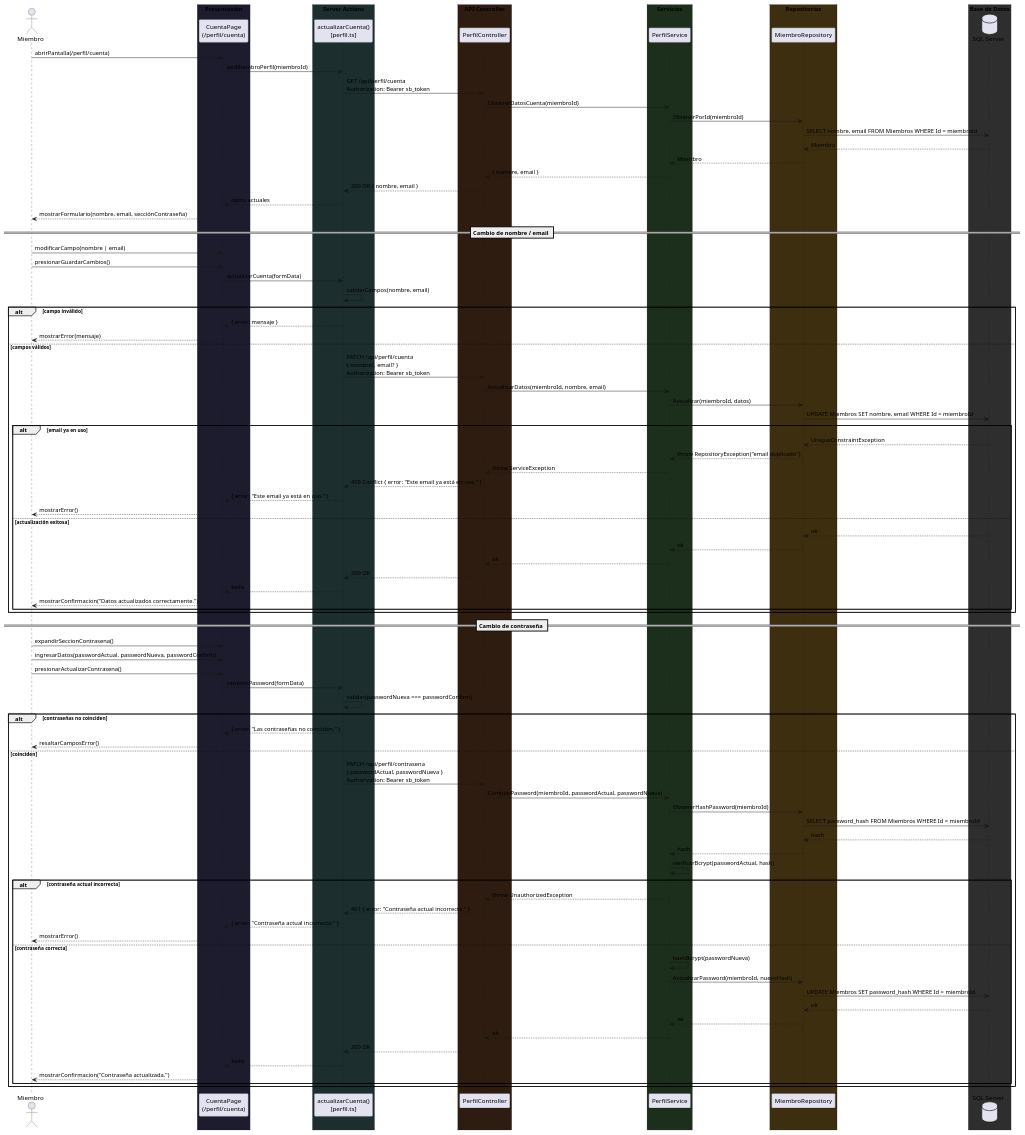
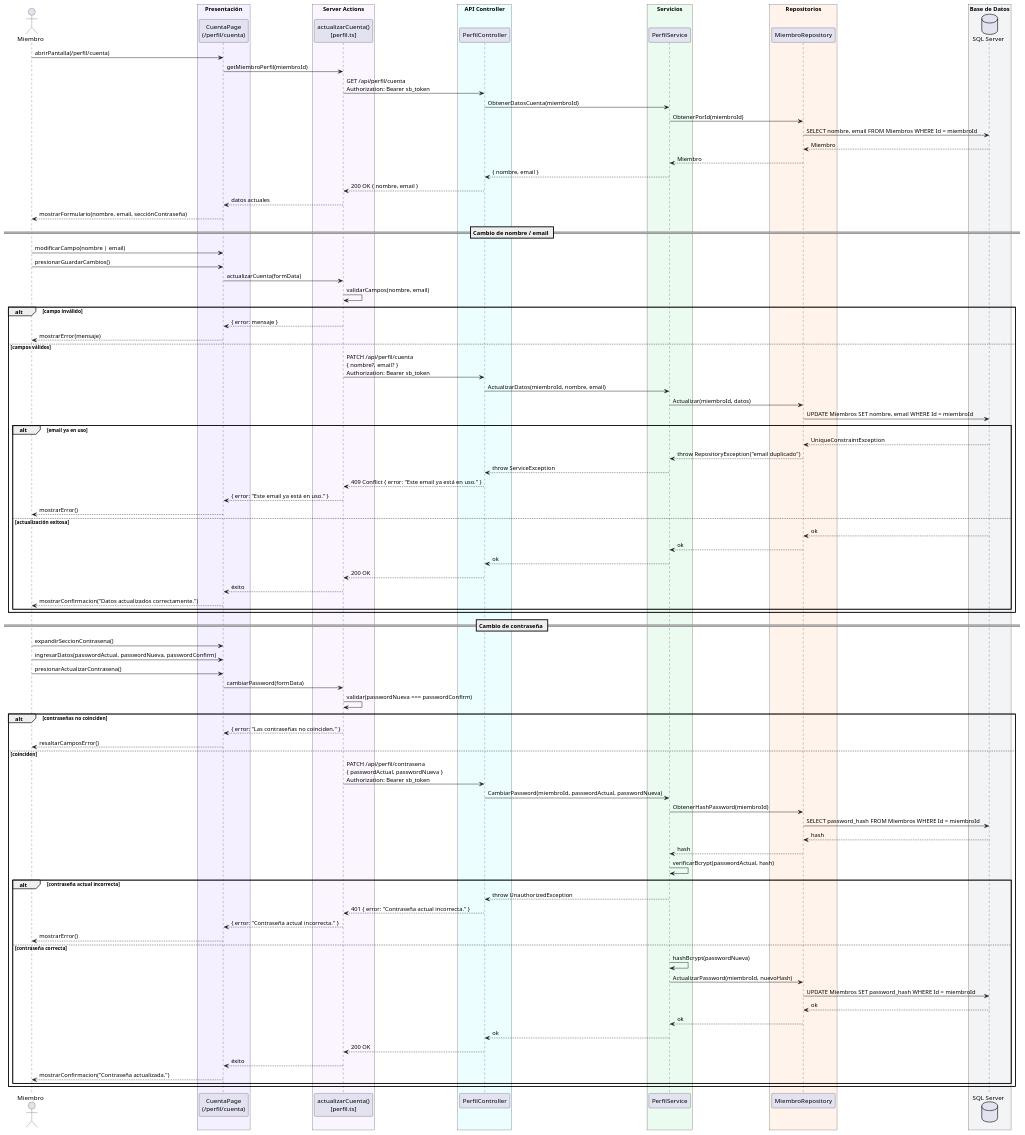
The seventh of 8 diagrams in silverback/docs/Modificacion-Carpeta.md (nicolassepulveda13/SAP), drawn with PlantUML before and after one commit. The commit also changed other lines of this file and 9 other files, not shown here.

First line of the commit message:
docs: diagrama de clases en 5 capas (general + uno por capa) y colores claros en secuencias

```diff
--- a/silverback/docs/Modificacion-Carpeta.md
+++ b/silverback/docs/Modificacion-Carpeta.md
@@ -633,27 +633,27 @@
 
 actor Miembro
 
-box "Presentación" #1C1C2E
+box "Presentación" #F5F0FF
   participant "CuentaPage\n(/perfil/cuenta)" as Page
 end box
 
-box "Server Actions" #1C2E2E
+box "Server Actions" #FAF5FF
   participant "actualizarCuenta()\n[perfil.ts]" as Action
 end box
 
-box "API Controller" #2E1C10
+box "API Controller" #ECFEFF
   participant "PerfilController" as Ctrl
 end box
 
-box "Servicios" #1C2E1C
+box "Servicios" #EBFBF0
   participant "PerfilService" as Svc
 end box
 
-box "Repositorios" #3E2E10
+box "Repositorios" #FFF3EB
   participant "MiembroRepository" as Repo
 end box
 
-box "Base de Datos" #2E2E2E
+box "Base de Datos" #F3F4F6
   database "SQL Server" as DB
 end box
 
```
